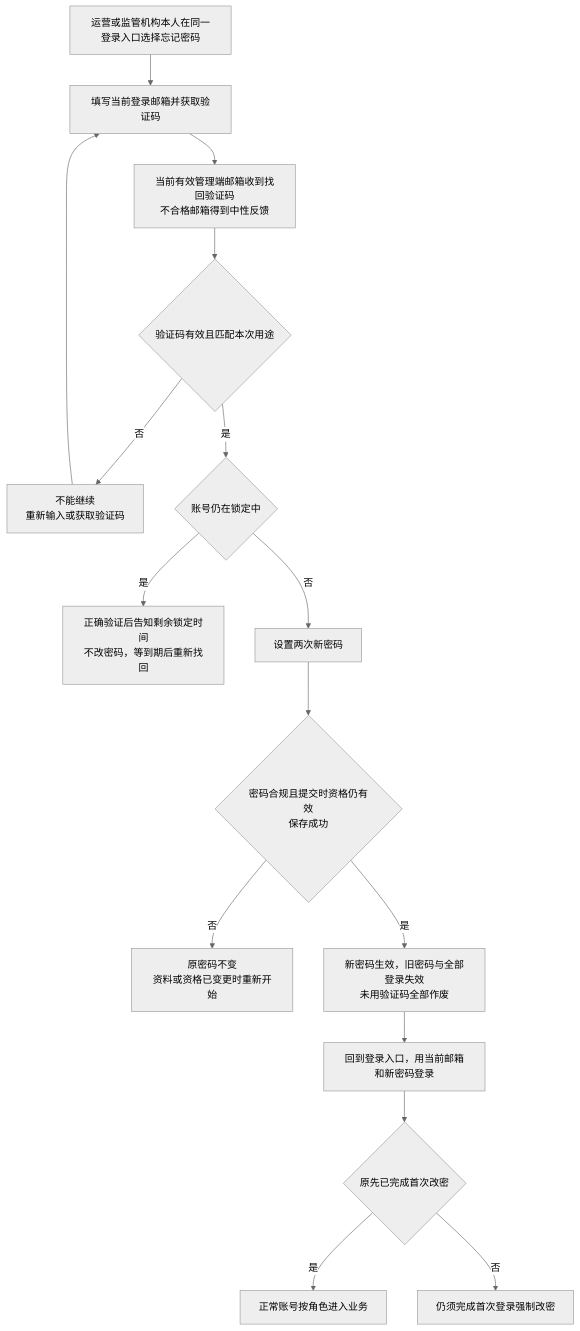
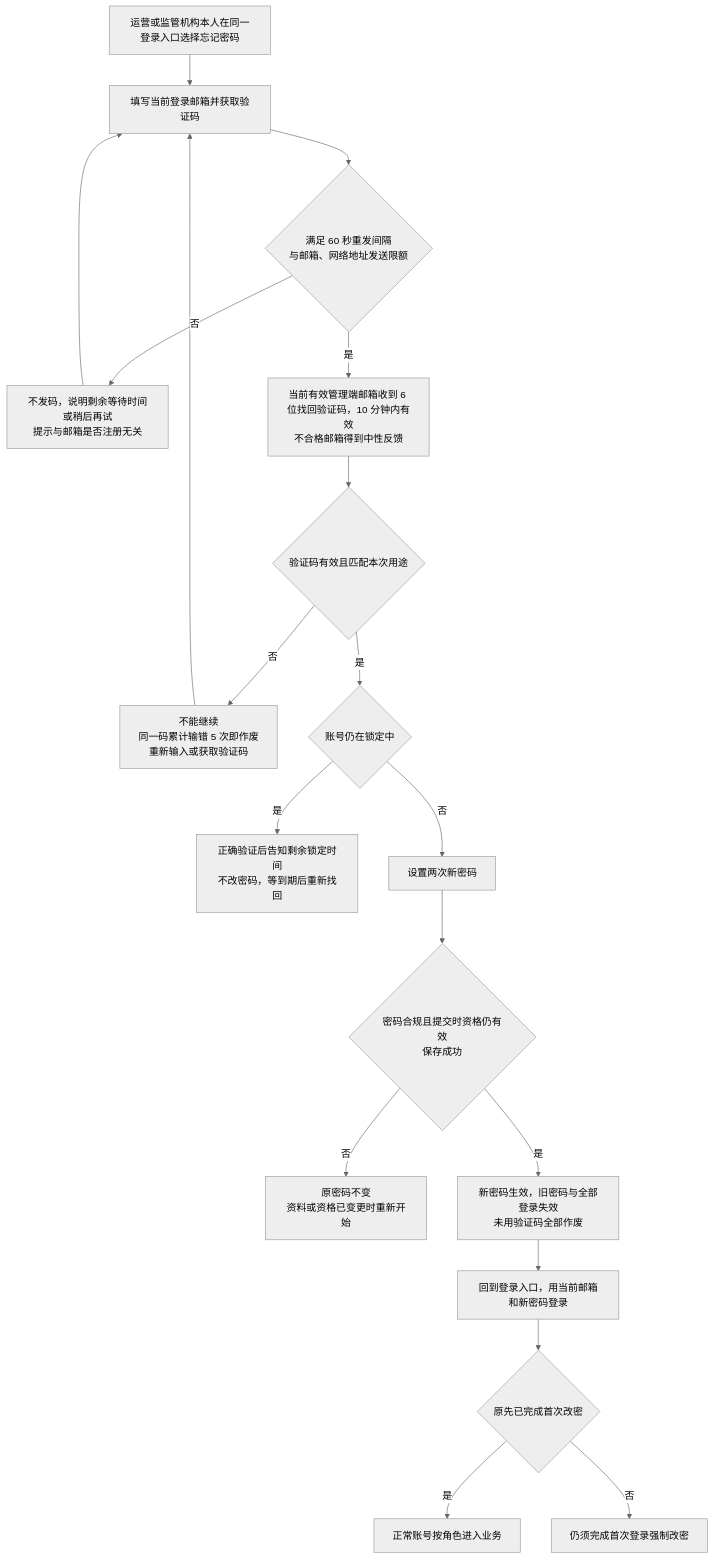
Before and after one commit to wxblockchain/Chain-Financing: the sixth of 8 diagrams in token-issuance-platform/PRD/管理端/M5-管理端登录与权限/02-管理端登录与权限-流程图与状态机.md, drawn with Mermaid (neutral theme). The commit also changed other lines of this file and 3 other files, not shown here.

````diff
--- a/token-issuance-platform/PRD/管理端/M5-管理端登录与权限/02-管理端登录与权限-流程图与状态机.md
+++ b/token-issuance-platform/PRD/管理端/M5-管理端登录与权限/02-管理端登录与权限-流程图与状态机.md
@@ -130,18 +130,21 @@
 ```mermaid
 flowchart TD
     A[运营或监管机构本人在同一登录入口选择忘记密码] --> B[填写当前登录邮箱并获取验证码]
-    B --> C[当前有效管理端邮箱收到找回验证码<br/>不合格邮箱得到中性反馈]
+    B --> B1{满足 60 秒重发间隔<br/>与邮箱、网络地址发送限额}
+    B1 -->|否| B2[不发码，说明剩余等待时间或稍后再试<br/>提示与邮箱是否注册无关]
+    B2 --> B
+    B1 -->|是| C[当前有效管理端邮箱收到 6 位找回验证码，10 分钟内有效<br/>不合格邮箱得到中性反馈]
     C --> D{验证码有效且匹配本次用途}
-    D -->|否| E[不能继续<br/>重新输入或获取验证码]
+    D -->|否| E[不能继续<br/>同一码累计输错 5 次即作废<br/>重新输入或获取验证码]
     E --> B
     D -->|是| F{账号仍在锁定中}
     F -->|是| G[正确验证后告知剩余锁定时间<br/>不改密码，等到期后重新找回]
     F -->|否| H[设置两次新密码]
     H --> I{密码合规且提交时资格仍有效<br/>保存成功}
     I -->|否| J[原密码不变<br/>资料或资格已变更时重新开始]
     I -->|是| K[新密码生效，旧密码与全部登录失效<br/>未用验证码全部作废]
     K --> L[回到登录入口，用当前邮箱和新密码登录]
     L --> M{原先已完成首次改密}
     M -->|是| N[正常账号按角色进入业务]
     M -->|否| O[仍须完成首次登录强制改密]
 ```
````
